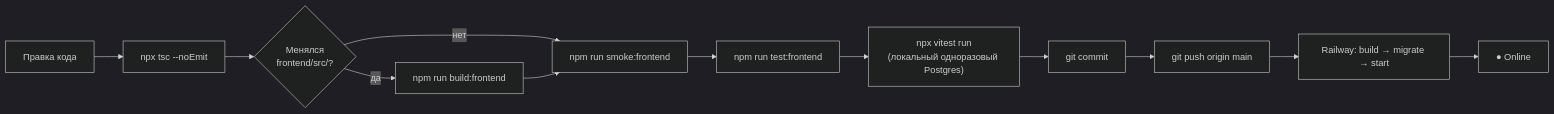
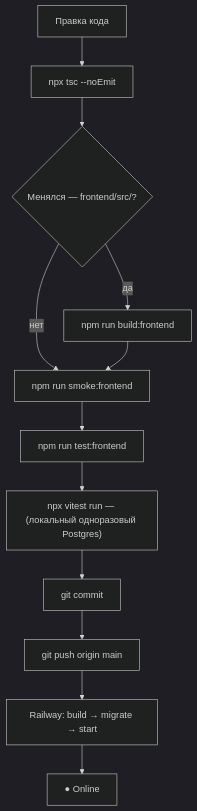
The diagram in docs/DEVELOPMENT.md (JustT1MExGOD/tele2-app), drawn with Mermaid (dark theme) before and after one commit. The commit also changed other lines of this file and 54 other files, not shown here.

````diff
--- a/docs/DEVELOPMENT.md
+++ b/docs/DEVELOPMENT.md
@@ -25,14 +35,14 @@
 ```mermaid
-flowchart LR
+flowchart TB
     CODE["Правка кода"] --> TSC["npx tsc --noEmit"]
-    TSC --> FE{"Менялся<br/>frontend/src/?"}
+    TSC --> FE{"Менялся — frontend/src/?"}
     FE -- да --> BUILD["npm run build:frontend"]
     FE -- нет --> SMOKE
     BUILD --> SMOKE["npm run smoke:frontend"]
     SMOKE --> TESTFE["npm run test:frontend"]
-    TESTFE --> VITEST["npx vitest run<br/>(локальный одноразовый Postgres)"]
+    TESTFE --> VITEST["npx vitest run — (локальный одноразовый Postgres)"]
     VITEST --> COMMIT["git commit"]
     COMMIT --> PUSH["git push origin main"]
     PUSH --> CI["Railway: build → migrate → start"]
     CI --> ONLINE["● Online"]
 ```
````
